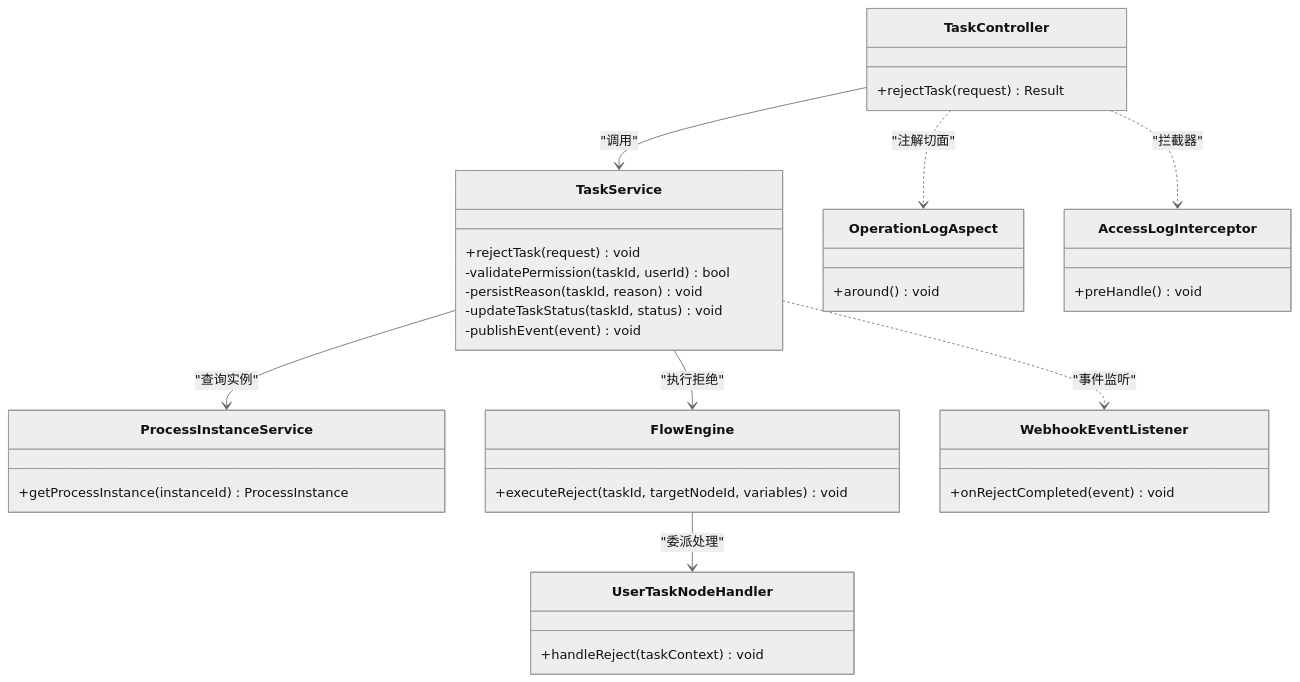
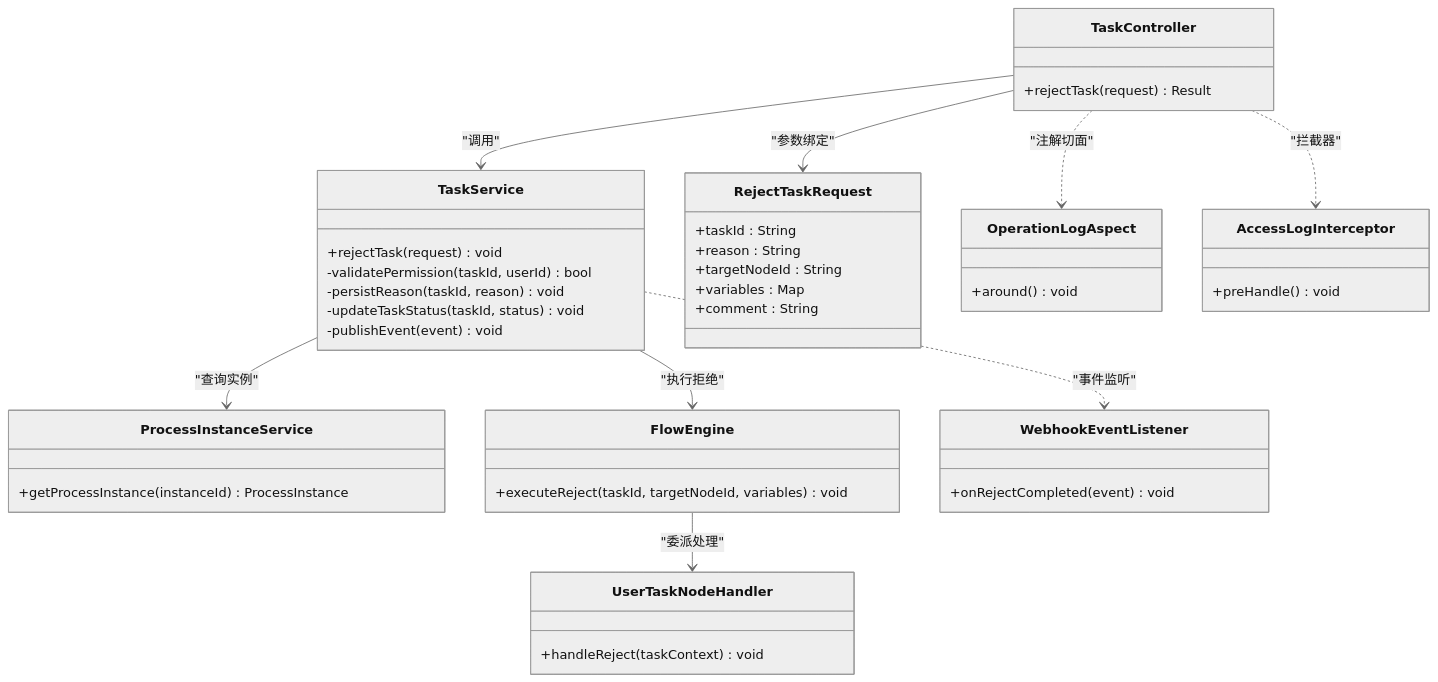
Before and after one commit to liming-lihaini/workflow: the third of 3 diagrams in .qoder/repowiki/zh/content/任务管理/任务操作处理/拒绝任务处理.md, drawn with Mermaid (neutral theme). The commit also changed other lines of this file and 57 other files, not shown here.

````diff
--- a/.qoder/repowiki/zh/content/任务管理/任务操作处理/拒绝任务处理.md
+++ b/.qoder/repowiki/zh/content/任务管理/任务操作处理/拒绝任务处理.md
@@ -268,38 +297,46 @@
 ```mermaid
 classDiagram
 class TaskController {
 +rejectTask(request) Result
 }
 class TaskService {
 +rejectTask(request) void
 -validatePermission(taskId, userId) bool
 -persistReason(taskId, reason) void
 -updateTaskStatus(taskId, status) void
 -publishEvent(event) void
 }
 class ProcessInstanceService {
 +getProcessInstance(instanceId) ProcessInstance
 }
 class FlowEngine {
 +executeReject(taskId, targetNodeId, variables) void
 }
 class UserTaskNodeHandler {
 +handleReject(taskContext) void
 }
+class RejectTaskRequest {
++taskId : String
++reason : String
++targetNodeId : String
++variables : Map
++comment : String
+}
 class OperationLogAspect {
 +around() void
 }
 class AccessLogInterceptor {
 +preHandle() void
 }
 class WebhookEventListener {
 +onRejectCompleted(event) void
 }
 TaskController --> TaskService : "调用"
+TaskController --> RejectTaskRequest : "参数绑定"
 TaskService --> ProcessInstanceService : "查询实例"
 TaskService --> FlowEngine : "执行拒绝"
 FlowEngine --> UserTaskNodeHandler : "委派处理"
 TaskController ..> OperationLogAspect : "注解切面"
 TaskController ..> AccessLogInterceptor : "拦截器"
 TaskService ..> WebhookEventListener : "事件监听"
 ```
````
